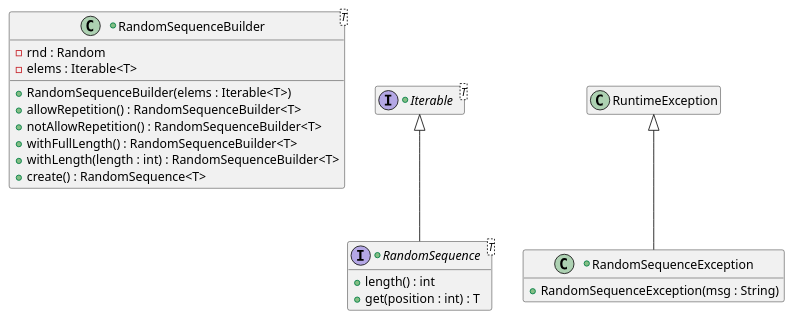
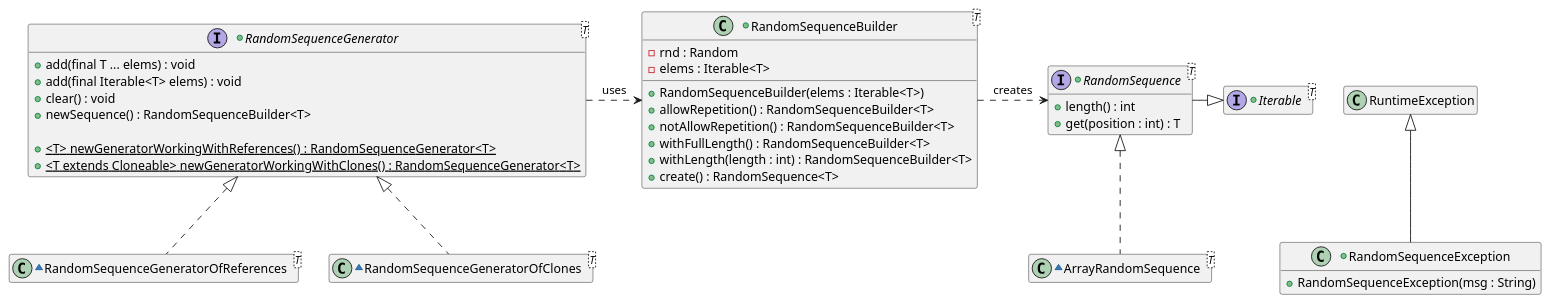
One commit to sergio2297/random-sequence-generator changed the diagram in diagrams/RandomSequenceGenerator.puml. Above: the diagram before and after it, drawn with PlantUML.

Commit message:
doc: RandomSequenceGenerator added to UML class diagram

```diff
--- a/diagrams/RandomSequenceGenerator.puml
+++ b/diagrams/RandomSequenceGenerator.puml
@@ -1,29 +1,53 @@
 @startuml
 
 hide empty members
+
++interface RandomSequenceGenerator<T> {
+    +add(final T ... elems) : void
+    +add(final Iterable<T> elems) : void
+    +clear() : void
+    +newSequence() : RandomSequenceBuilder<T>
+
+    + {static} <T> newGeneratorWorkingWithReferences() : RandomSequenceGenerator<T>
+    + {static} <T extends Cloneable> newGeneratorWorkingWithClones() : RandomSequenceGenerator<T>
+}
+
+~class RandomSequenceGeneratorOfReferences<T> implements RandomSequenceGenerator{
+}
+
+~class RandomSequenceGeneratorOfClones<T> implements RandomSequenceGenerator{
+}
 
 +class RandomSequenceBuilder<T> {
     - rnd : Random
     - elems : Iterable<T>
 
     + RandomSequenceBuilder(elems : Iterable<T>)
     + allowRepetition() : RandomSequenceBuilder<T>
     + notAllowRepetition() : RandomSequenceBuilder<T>
     + withFullLength() : RandomSequenceBuilder<T>
     + withLength(length : int) : RandomSequenceBuilder<T>
     + create() : RandomSequence<T>
 }
 
+RandomSequenceGenerator .> RandomSequenceBuilder : uses
+RandomSequenceBuilder .> RandomSequence : creates
+
 +interface Iterable<T> {
 }
 
-+interface RandomSequence<T> extends Iterable {
++interface RandomSequence<T> {
     + length() : int
     + get(position : int) : T
 }
+
+~class ArrayRandomSequence<T> implements RandomSequence {
+}
+
+RandomSequence -|> Iterable
 
 +class RandomSequenceException extends RuntimeException {
     + RandomSequenceException(msg : String)
 }
 
 @enduml
```
